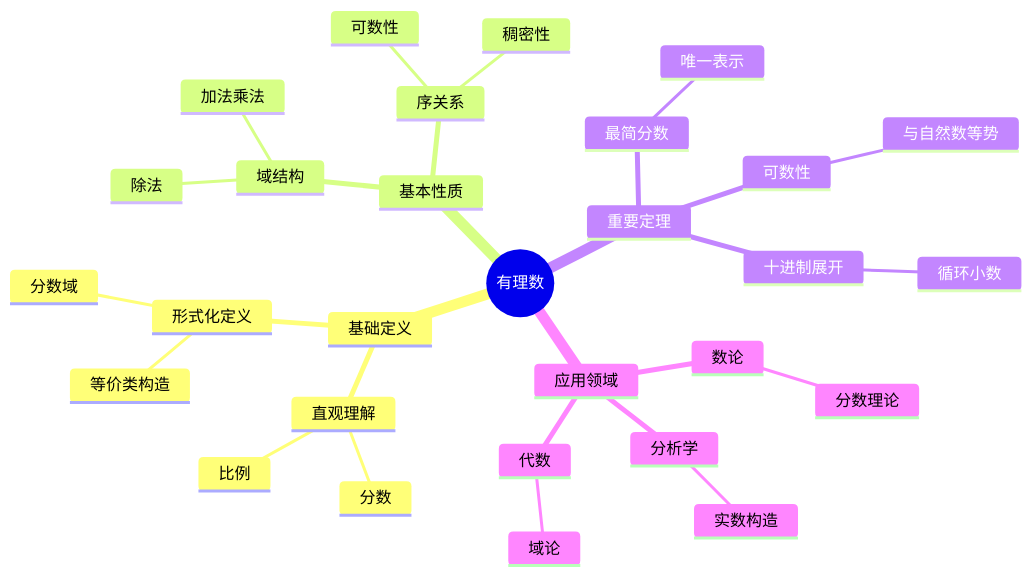
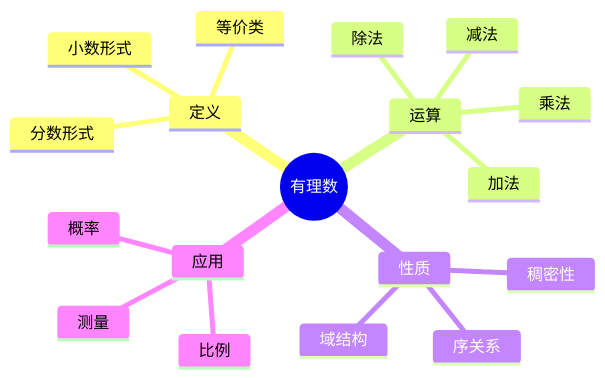
The first of 10 diagrams in concept/核心概念/05-有理数.md (AdaMartin18010/FormalMath), drawn with Mermaid before and after one commit. The commit also changed other lines of this file and 4793 other files, not shown here.

````diff
--- a/concept/核心概念/05-有理数.md
+++ b/concept/核心概念/05-有理数.md
@@ -597,32 +1110,21 @@
 ```mermaid
 mindmap
   root((有理数))
-    基础定义
-      直观理解
-        分数
-        比例
-      形式化定义
-        等价类构造
-        分数域
-    基本性质
+    定义
+      分数形式
+      小数形式
+      等价类
+    运算
+      加法
+      减法
+      乘法
+      除法
+    性质
       域结构
-        加法乘法
-        除法
+      稠密性
       序关系
-        稠密性
-        可数性
-    重要定理
-      最简分数
-        唯一表示
-      十进制展开
-        循环小数
-      可数性
-        与自然数等势
-    应用领域
-      数论
-        分数理论
-      分析学
-        实数构造
-      代数
-        域论
+    应用
+      测量
+      比例
+      概率
 ```
````
